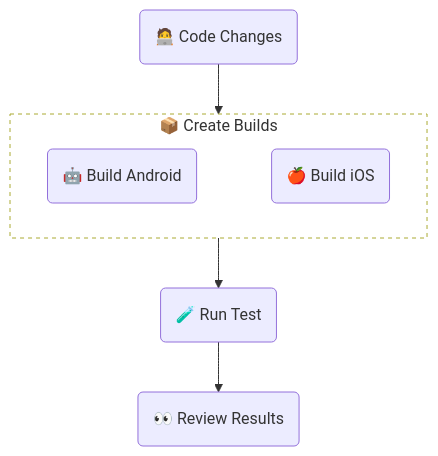
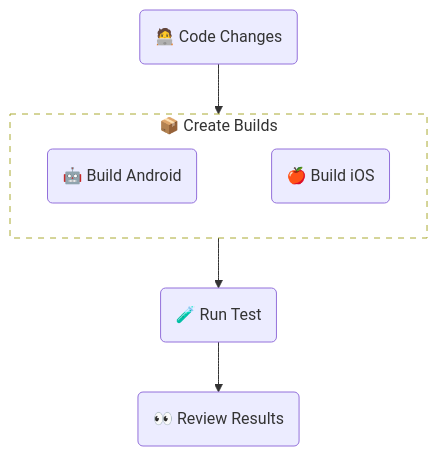
The diagram in examples/standard/README.md (sherlo-io/sherlo), drawn with Mermaid before and after one commit.

Commit message:
no message

````diff
--- a/examples/standard/README.md
+++ b/examples/standard/README.md
@@ -14,16 +14,16 @@
 ```mermaid
 flowchart TB
    UI(🧑‍💻 Code Changes)
    subgraph Build[📦 Create Builds]
       Android(🤖 Build Android)
       iOS(🍎 Build iOS)
       Android ~~~ iOS
-      style Build fill:#00000000,stroke-dasharray: 4 4
+      style Build fill:#00000000,stroke-dasharray: 6 6
    end
    Test(🧪 Run Test)
    Review(👀 Review Results)
 
    UI --> Build
    Build --> Test
    Test --> Review
 ```
````
